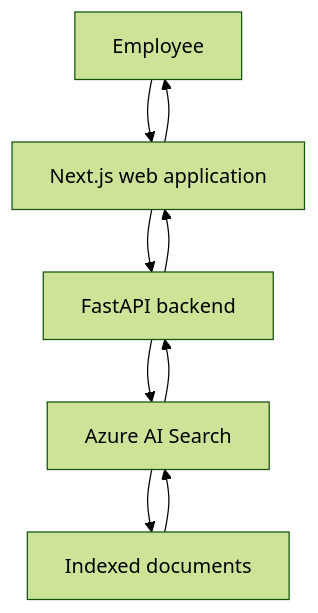
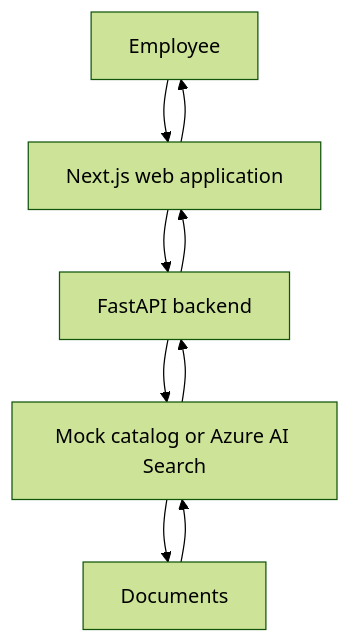
One commit to newaigen32/healthcare changed the first of 2 diagrams in docs/architecture.md. Above: the diagram before and after it, drawn with Mermaid (forest theme). The commit also changed other lines of this file and 17 other files, not shown here.

First line of the commit message:
Integrate Azure AI Search behind the existing search API.

````diff
--- a/docs/architecture.md
+++ b/docs/architecture.md
@@ -7,17 +7,17 @@
 ```mermaid
 flowchart TD
   employee[Employee]
   web[Next.js web application]
   api[FastAPI backend]
-  search[Azure AI Search]
-  docs[Indexed documents]
+  search[Mock catalog or Azure AI Search]
+  docs[Documents]
 
   employee --> web
   web --> api
   api --> search
   search --> docs
   docs --> search
   search --> api
   api --> web
   web --> employee
 ```
````
